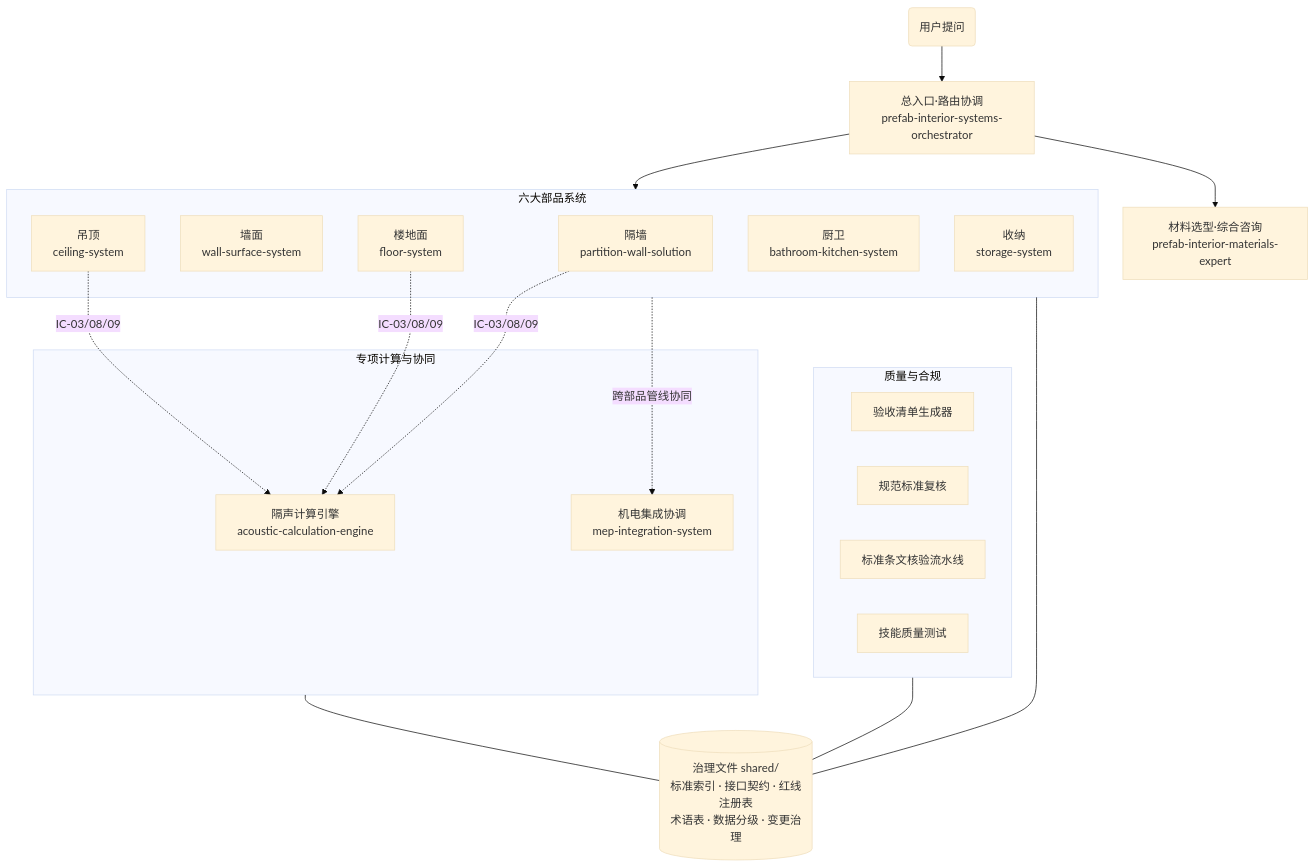
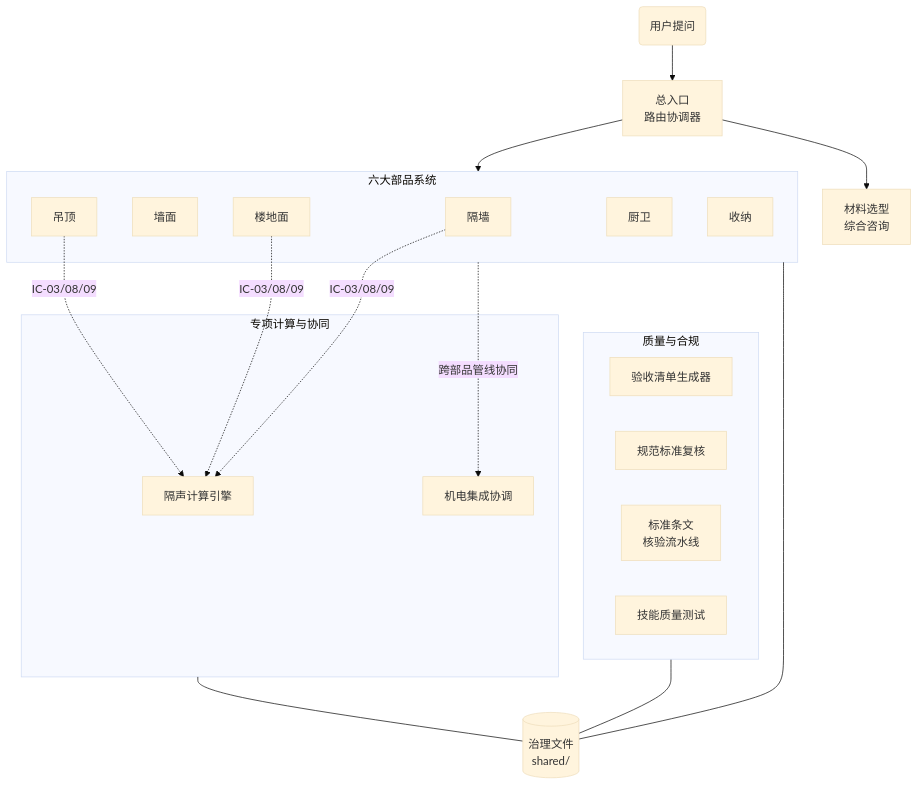
Before and after one commit to eiway112/prefab-interior-agent: the diagram in README.md, drawn with Mermaid (base theme). The commit also changed other lines of this file and 1 other file, not shown here.

Commit message:
fix(公开面): 架构图节点标签改短行根治渲染截断＋品牌 logo 换 v1.2 纸感版
- mermaid 节点每行标签收敛到实测不截断宽度（≤7 汉字／≤14 ASCII）：
  长技能目录名与治理文件清单移出节点，改由图下映射注与「技能矩阵」表承载；
- logo 资产替换为品牌 v1.2 纸感版（1536px 原图降采样 512px，736KB→342KB）。

````diff
--- a/README.md
+++ b/README.md
@@ -47,32 +47,32 @@
 ```mermaid
 flowchart TD
-    U(用户提问) --> OR[总入口·路由协调<br/>prefab-interior-systems-orchestrator]
-    OR --> EXP[材料选型·综合咨询<br/>prefab-interior-materials-expert]
+    U(用户提问) --> OR[总入口<br/>路由协调器]
+    OR --> EXP[材料选型<br/>综合咨询]
     subgraph PARTS [六大部品系统]
-        PW[隔墙<br/>partition-wall-solution]
-        WS[墙面<br/>wall-surface-system]
-        CL[吊顶<br/>ceiling-system]
-        FL[楼地面<br/>floor-system]
-        BK[厨卫<br/>bathroom-kitchen-system]
-        ST[收纳<br/>storage-system]
+        PW[隔墙]
+        WS[墙面]
+        CL[吊顶]
+        FL[楼地面]
+        BK[厨卫]
+        ST[收纳]
     end
     OR --> PARTS
     subgraph CALC [专项计算与协同]
-        ACE[隔声计算引擎<br/>acoustic-calculation-engine]
-        MEP[机电集成协调<br/>mep-integration-system]
+        ACE[隔声计算引擎]
+        MEP[机电集成协调]
     end
     PW -. "IC-03/08/09" .-> ACE
     FL -. "IC-03/08/09" .-> ACE
     CL -. "IC-03/08/09" .-> ACE
     PARTS -. "跨部品管线协同" .-> MEP
     subgraph QA [质量与合规]
         AC[验收清单生成器]
         SR[规范标准复核]
-        SV[标准条文核验流水线]
+        SV[标准条文<br/>核验流水线]
         QT[技能质量测试]
     end
-    GOV[(治理文件 shared/<br/>标准索引 · 接口契约 · 红线注册表<br/>术语表 · 数据分级 · 变更治理)]
+    GOV[(治理文件<br/>shared/)]
     PARTS --- GOV
     QA --- GOV
     CALC --- GOV
 ```
````
